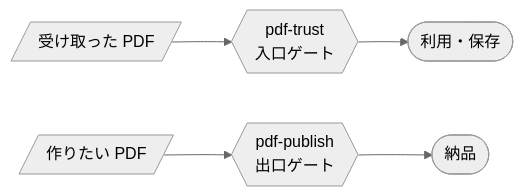
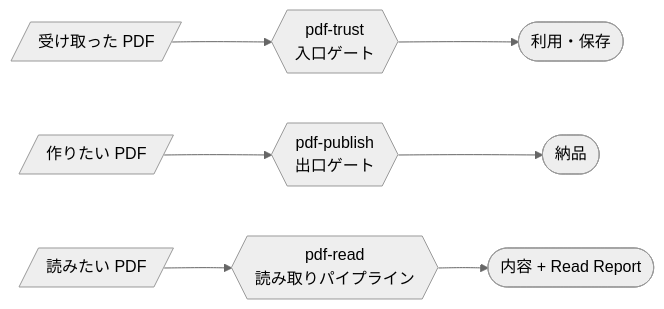
Before and after one commit to shuji-bonji/pdf-agent-stack: the diagram in site/docs/ja/skills/index.md, drawn with Mermaid (neutral theme). The commit also changed other lines of this file and 9 other files, not shown here.

First line of the commit message:
feat: pdf-read Skill を stack と site に追加（Skill 2 → 3）

````diff
--- a/site/docs/ja/skills/index.md
+++ b/site/docs/ja/skills/index.md
@@ -9,5 +9,6 @@
 ```mermaid
 graph LR
   IN[/"受け取った PDF"/] --> TRUST{{"pdf-trust<br>入口ゲート"}} --> USE(["利用・保存"])
   MAKE[/"作りたい PDF"/] --> PUBLISH{{"pdf-publish<br>出口ゲート"}} --> OUT(["納品"])
+  DOC[/"読みたい PDF"/] --> READ{{"pdf-read<br>読み取りパイプライン"}} --> ANS(["内容 + Read Report"])
 ```
````
